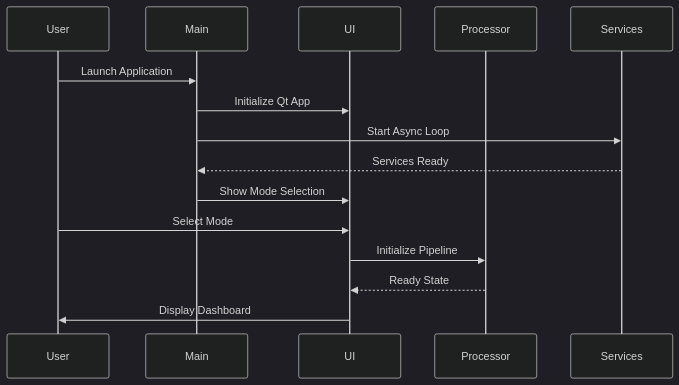
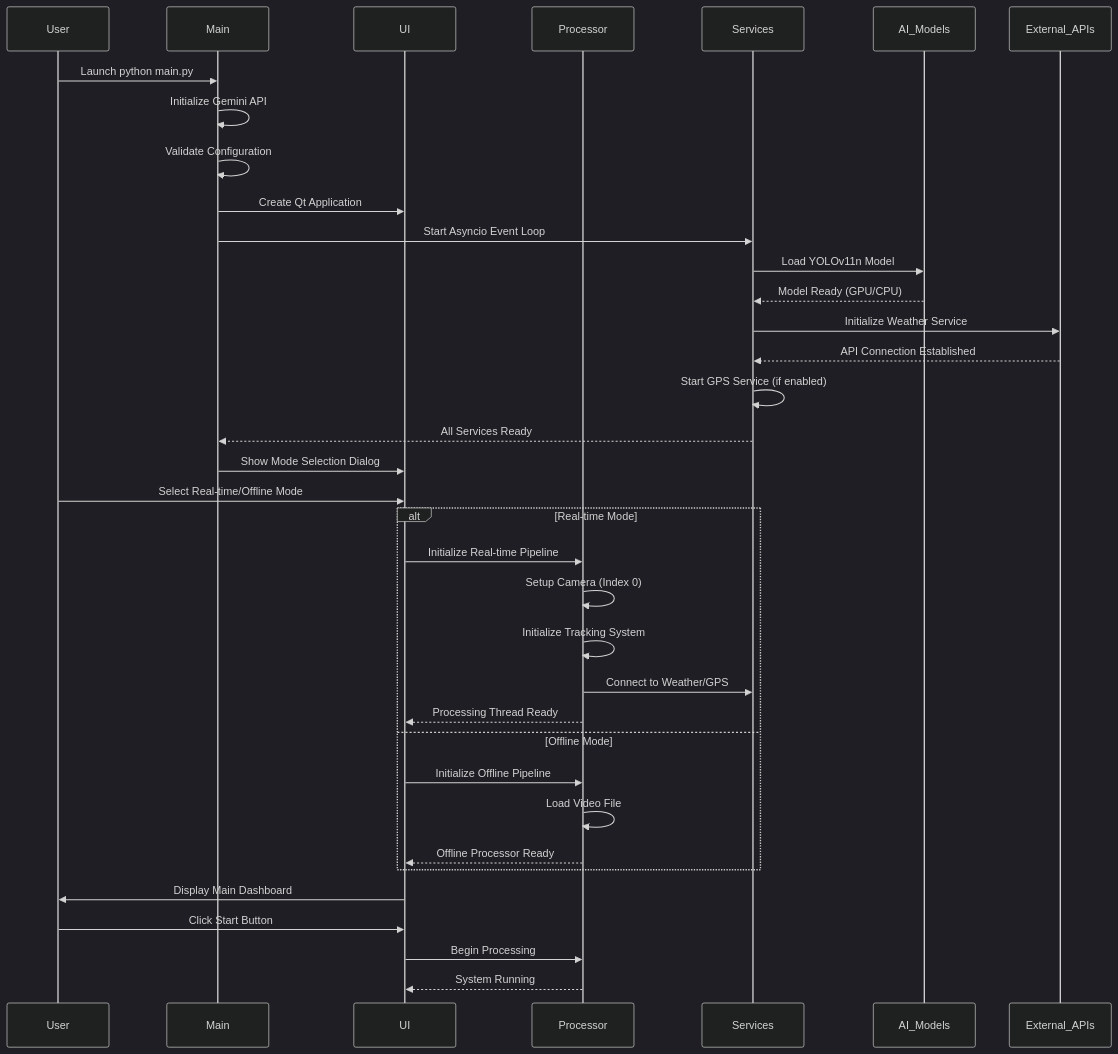
One commit to atharvaawatade/Aarambh-Finals-tata-elxsi changed the second of 4 diagrams in DriveWise-Main/Readme.md. Above: the diagram before and after it, drawn with Mermaid (dark theme). The commit also changed other lines of this file, not shown here.

````diff
--- a/DriveWise-Main/Readme.md
+++ b/DriveWise-Main/Readme.md
@@ -117,18 +126,43 @@
 ```mermaid
 sequenceDiagram
     participant User
     participant Main
     participant UI
     participant Processor
     participant Services
+    participant AI_Models
+    participant External_APIs
     
-    User->>Main: Launch Application
-    Main->>UI: Initialize Qt App
-    Main->>Services: Start Async Loop
-    Services-->>Main: Services Ready
-    Main->>UI: Show Mode Selection
-    User->>UI: Select Mode
-    UI->>Processor: Initialize Pipeline
-    Processor-->>UI: Ready State
-    UI->>User: Display Dashboard
+    User->>Main: Launch python main.py
+    Main->>Main: Initialize Gemini API
+    Main->>Main: Validate Configuration
+    Main->>UI: Create Qt Application
+    Main->>Services: Start Asyncio Event Loop
+    
+    Services->>AI_Models: Load YOLOv11n Model
+    AI_Models-->>Services: Model Ready (GPU/CPU)
+    Services->>External_APIs: Initialize Weather Service
+    External_APIs-->>Services: API Connection Established
+    Services->>Services: Start GPS Service (if enabled)
+    Services-->>Main: All Services Ready
+    
+    Main->>UI: Show Mode Selection Dialog
+    User->>UI: Select Real-time/Offline Mode
+    
+    alt Real-time Mode
+        UI->>Processor: Initialize Real-time Pipeline
+        Processor->>Processor: Setup Camera (Index 0)
+        Processor->>Processor: Initialize Tracking System
+        Processor->>Services: Connect to Weather/GPS
+        Processor-->>UI: Processing Thread Ready
+    else Offline Mode
+        UI->>Processor: Initialize Offline Pipeline
+        Processor->>Processor: Load Video File
+        Processor-->>UI: Offline Processor Ready
+    end
+    
+    UI->>User: Display Main Dashboard
+    User->>UI: Click Start Button
+    UI->>Processor: Begin Processing
+    Processor-->>UI: System Running
 ```
````
